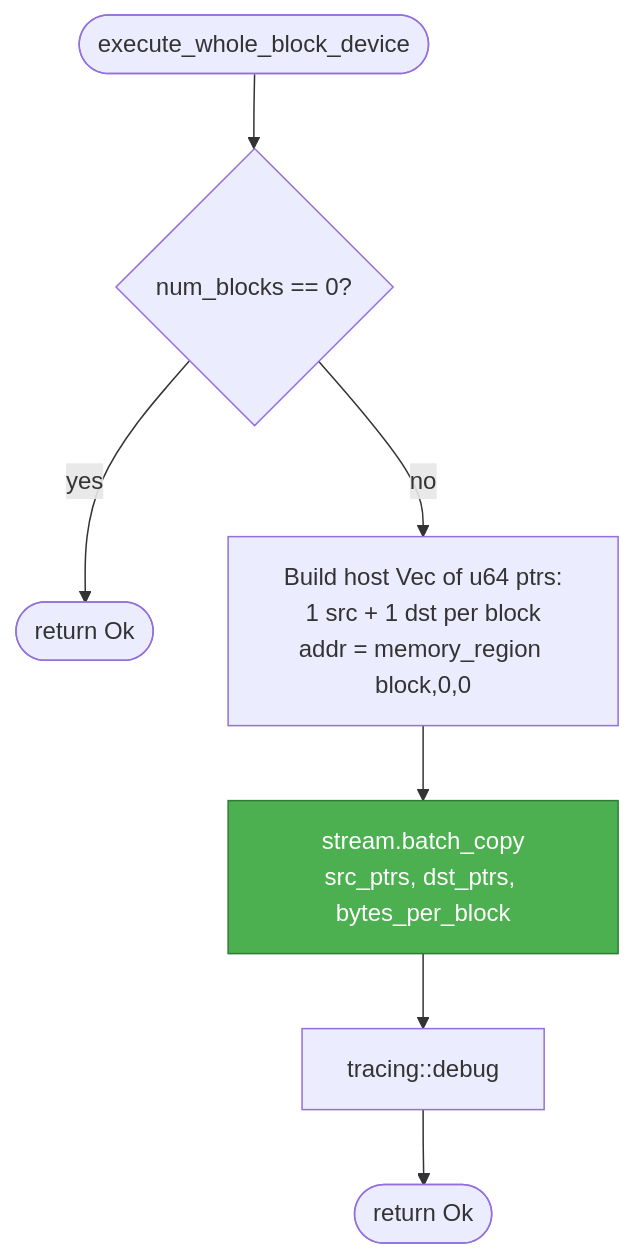
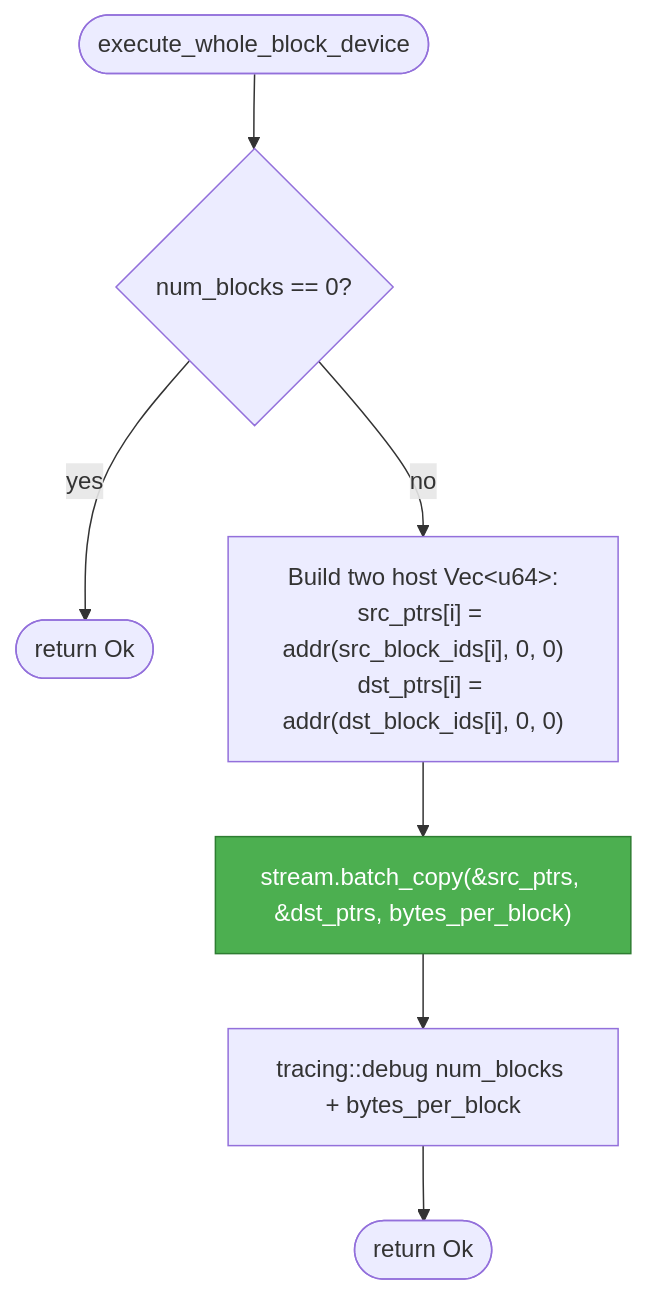
One commit to ai-dynamo/dynamo changed the second of 4 diagrams in lib/kvbm-physical/docs/device_executor_flow.md. Above: the diagram before and after it, drawn with Mermaid. The commit also changed other lines of this file and 6 other files, not shown here.

````diff
--- a/lib/kvbm-physical/docs/device_executor_flow.md
+++ b/lib/kvbm-physical/docs/device_executor_flow.md
@@ -59,11 +109,11 @@
 ```mermaid
 flowchart TD
     START([execute_whole_block_device]) --> CHK{num_blocks == 0?}
     CHK -- yes --> DONE([return Ok])
-    CHK -- no --> BUILD[Build host Vec of u64 ptrs:<br/>1 src + 1 dst per block<br/>addr = memory_region block,0,0]
-    BUILD --> COPY[stream.batch_copy<br/>src_ptrs, dst_ptrs, bytes_per_block]
-    COPY --> LOG[tracing::debug]
+    CHK -- no --> BUILD["Build two host Vec&lt;u64&gt;:<br/>src_ptrs[i] = addr(src_block_ids[i], 0, 0)<br/>dst_ptrs[i] = addr(dst_block_ids[i], 0, 0)"]
+    BUILD --> COPY["stream.batch_copy(&src_ptrs, &dst_ptrs, bytes_per_block)"]
+    COPY --> LOG[tracing::debug num_blocks + bytes_per_block]
     LOG --> DONE2([return Ok])
 
     style COPY fill:#4caf50,stroke:#2e7d32,color:#fff
 ```
````
